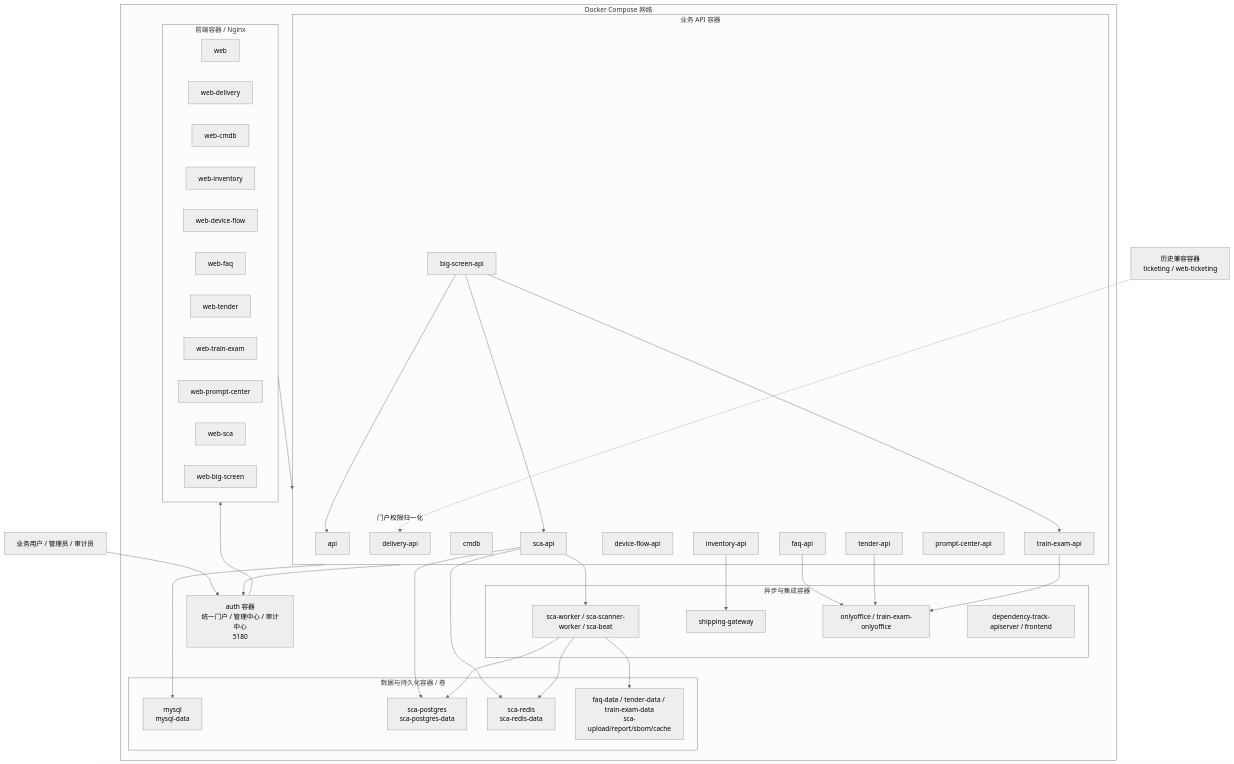
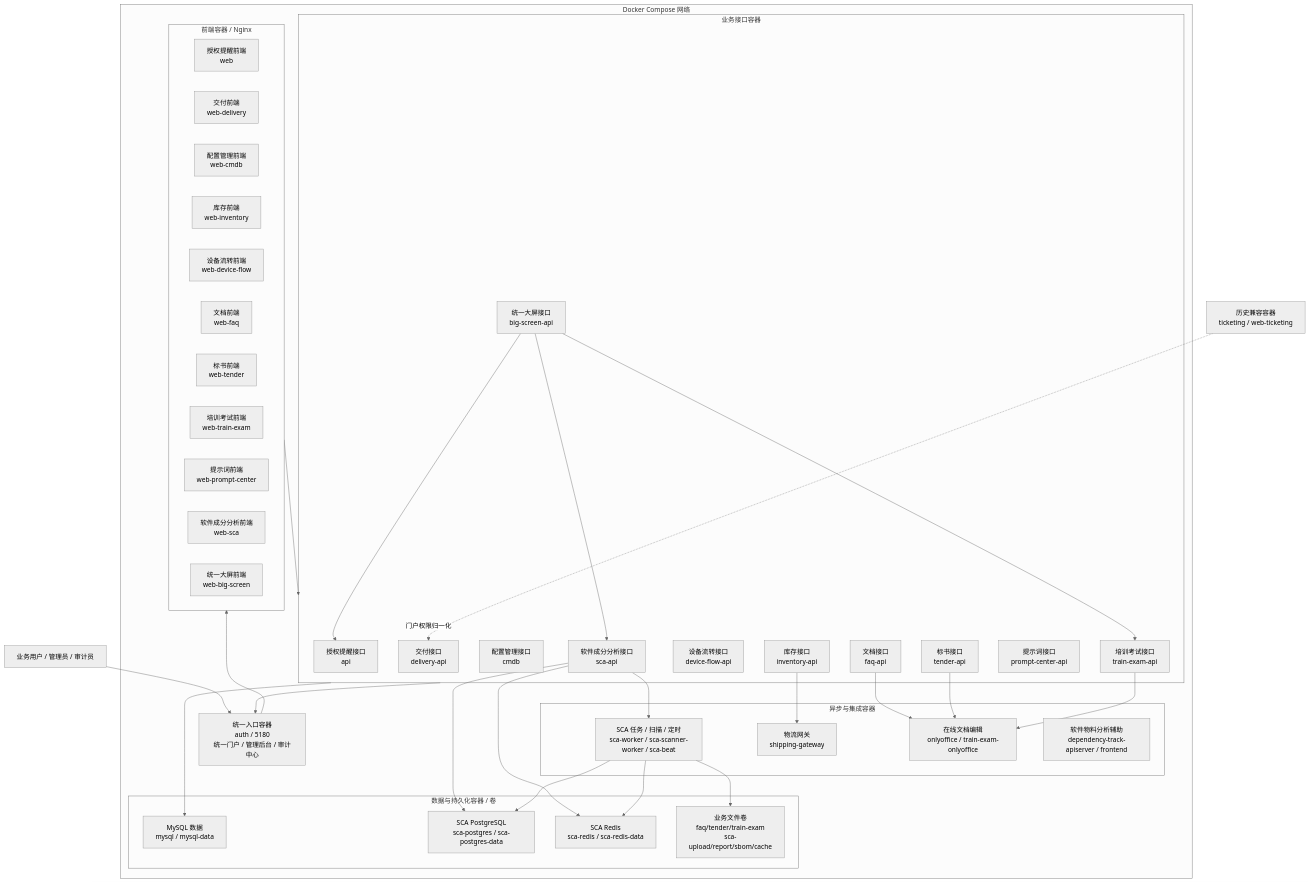
One commit to sukaka/AuthorizationReminder changed the first of 2 diagrams in docs/superpowers/specs/2026-06-13-all-systems-high-level-design.md. Above: the diagram before and after it, drawn with Mermaid (neutral theme). The commit also changed other lines of this file and 23 other files, not shown here.

Commit message:
[v5.70.18] docs(architecture): localize architecture diagrams

````diff
--- a/docs/superpowers/specs/2026-06-13-all-systems-high-level-design.md
+++ b/docs/superpowers/specs/2026-06-13-all-systems-high-level-design.md
@@ -65,70 +65,70 @@
 ```mermaid
 flowchart TB
-  User["业务用户 / 管理员 / 审计员"] --> Auth["auth 容器<br/>统一门户 / 管理中心 / 审计中心<br/>5180"]
+  User["业务用户 / 管理员 / 审计员"] --> Auth["统一入口容器<br/>auth / 5180<br/>统一门户 / 管理后台 / 审计中心"]
 
   subgraph Compose["Docker Compose 网络"]
     Auth
 
     subgraph Web["前端容器 / Nginx"]
-      WebMain["web"]
-      WebDelivery["web-delivery"]
-      WebCmdb["web-cmdb"]
-      WebInventory["web-inventory"]
-      WebDevice["web-device-flow"]
-      WebFaq["web-faq"]
-      WebTender["web-tender"]
-      WebTrain["web-train-exam"]
-      WebPrompt["web-prompt-center"]
-      WebSca["web-sca"]
-      WebScreen["web-big-screen"]
+      WebMain["授权提醒前端<br/>web"]
+      WebDelivery["交付前端<br/>web-delivery"]
+      WebCmdb["配置管理前端<br/>web-cmdb"]
+      WebInventory["库存前端<br/>web-inventory"]
+      WebDevice["设备流转前端<br/>web-device-flow"]
+      WebFaq["文档前端<br/>web-faq"]
+      WebTender["标书前端<br/>web-tender"]
+      WebTrain["培训考试前端<br/>web-train-exam"]
+      WebPrompt["提示词前端<br/>web-prompt-center"]
+      WebSca["软件成分分析前端<br/>web-sca"]
+      WebScreen["统一大屏前端<br/>web-big-screen"]
     end
 
-    subgraph Api["业务 API 容器"]
-      ReminderApi["api"]
-      DeliveryApi["delivery-api"]
-      CmdbApi["cmdb"]
-      InventoryApi["inventory-api"]
-      DeviceApi["device-flow-api"]
-      FaqApi["faq-api"]
-      TenderApi["tender-api"]
-      TrainApi["train-exam-api"]
-      PromptApi["prompt-center-api"]
-      ScaApi["sca-api"]
-      ScreenApi["big-screen-api"]
+    subgraph Api["业务接口容器"]
+      ReminderApi["授权提醒接口<br/>api"]
+      DeliveryApi["交付接口<br/>delivery-api"]
+      CmdbApi["配置管理接口<br/>cmdb"]
+      InventoryApi["库存接口<br/>inventory-api"]
+      DeviceApi["设备流转接口<br/>device-flow-api"]
+      FaqApi["文档接口<br/>faq-api"]
+      TenderApi["标书接口<br/>tender-api"]
+      TrainApi["培训考试接口<br/>train-exam-api"]
+      PromptApi["提示词接口<br/>prompt-center-api"]
+      ScaApi["软件成分分析接口<br/>sca-api"]
+      ScreenApi["统一大屏接口<br/>big-screen-api"]
     end
 
     subgraph Async["异步与集成容器"]
-      ScaWorker["sca-worker / sca-scanner-worker / sca-beat"]
-      Shipping["shipping-gateway"]
-      Docs["onlyoffice / train-exam-onlyoffice"]
-      DT["dependency-track-apiserver / frontend"]
+      ScaWorker["SCA 任务 / 扫描 / 定时<br/>sca-worker / sca-scanner-worker / sca-beat"]
+      Shipping["物流网关<br/>shipping-gateway"]
+      Docs["在线文档编辑<br/>onlyoffice / train-exam-onlyoffice"]
+      DT["软件物料分析辅助<br/>dependency-track-apiserver / frontend"]
     end
 
     subgraph Data["数据与持久化容器 / 卷"]
-      MySQL["mysql<br/>mysql-data"]
-      PostgreSQL["sca-postgres<br/>sca-postgres-data"]
-      Redis["sca-redis<br/>sca-redis-data"]
-      Volumes["faq-data / tender-data / train-exam-data<br/>sca-upload/report/sbom/cache"]
+      MySQL["MySQL 数据<br/>mysql / mysql-data"]
+      PostgreSQL["SCA PostgreSQL<br/>sca-postgres / sca-postgres-data"]
+      Redis["SCA Redis<br/>sca-redis / sca-redis-data"]
+      Volumes["业务文件卷<br/>faq/tender/train-exam<br/>sca-upload/report/sbom/cache"]
     end
   end
 
   Auth --> Web
   Web --> Api
   Api --> Auth
   Api --> MySQL
   ScaApi --> PostgreSQL
   ScaApi --> Redis
   ScaApi --> ScaWorker
   ScaWorker --> PostgreSQL
   ScaWorker --> Redis
   ScaWorker --> Volumes
   InventoryApi --> Shipping
   FaqApi --> Docs
   TenderApi --> Docs
   TrainApi --> Docs
   ScreenApi --> ReminderApi
   ScreenApi --> TrainApi
   ScreenApi --> ScaApi
 
   Legacy["历史兼容容器<br/>ticketing / web-ticketing"] -. "门户权限归一化" .-> DeliveryApi
 ```
````
